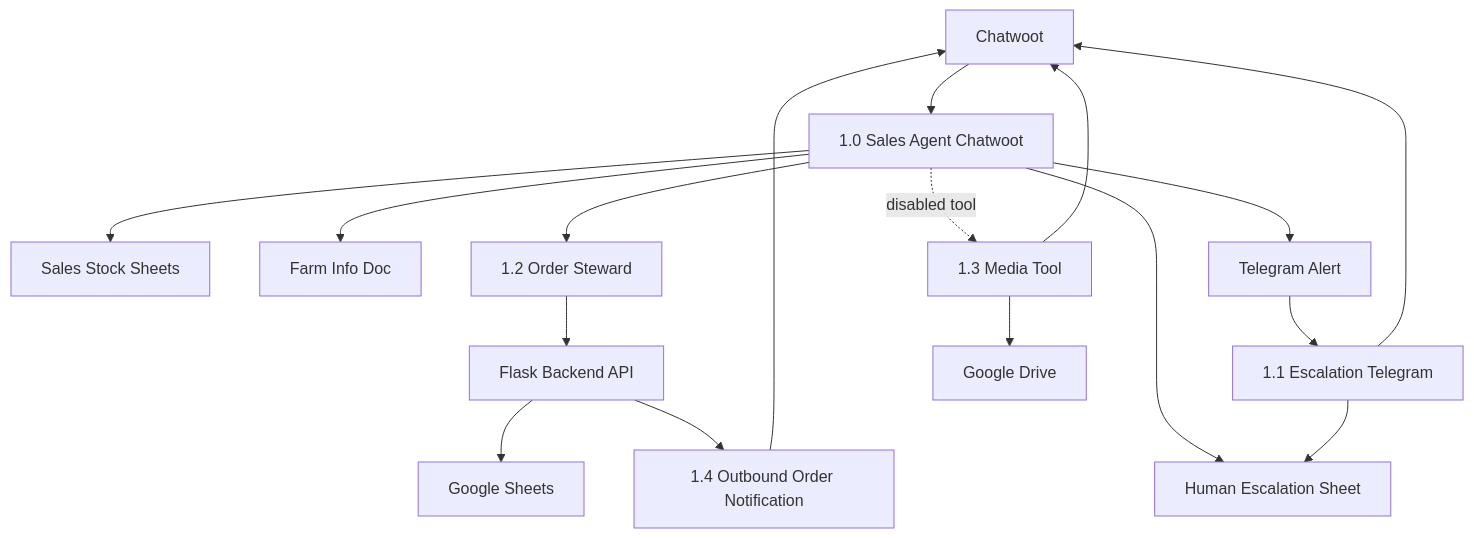
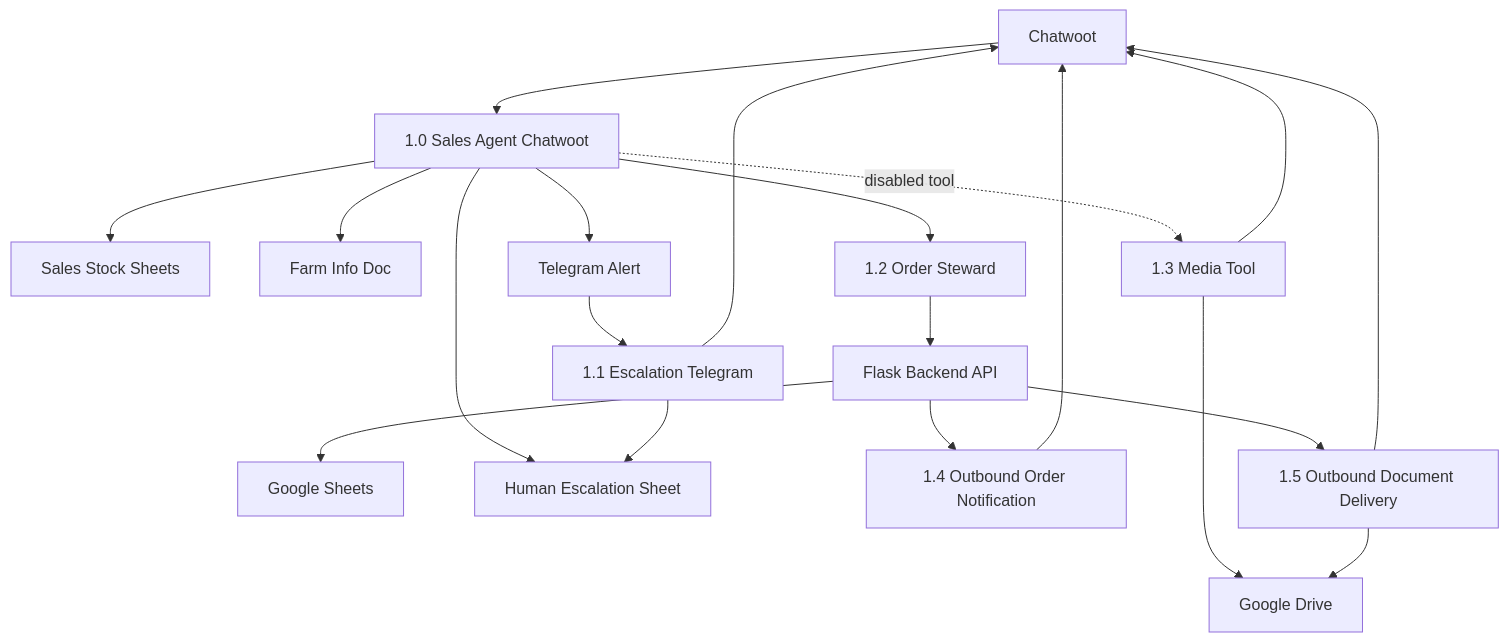
The diagram in docs/04-n8n/README.md (Crewless9086/amadeus-pig-tracking-system), drawn with Mermaid before and after one commit. The commit also changed other lines of this file and 15 other files, not shown here.

````diff
--- a/docs/04-n8n/README.md
+++ b/docs/04-n8n/README.md
@@ -40,19 +41,22 @@
 ```mermaid
 flowchart TD
   chatwoot[Chatwoot] --> workflow10["1.0 Sales Agent Chatwoot"]
   workflow10 --> sheetsSales["Sales Stock Sheets"]
   workflow10 --> farmDoc["Farm Info Doc"]
   workflow10 --> workflow12["1.2 Order Steward"]
   workflow12 --> backend["Flask Backend API"]
   backend --> googleSheets["Google Sheets"]
   workflow10 --> escalationSheet["Human Escalation Sheet"]
   workflow10 --> telegram[Telegram Alert]
   telegram --> workflow11["1.1 Escalation Telegram"]
   workflow11 --> chatwoot
   workflow11 --> escalationSheet
   workflow10 -. disabled tool .-> workflow13["1.3 Media Tool"]
   workflow13 --> googleDrive[Google Drive]
   workflow13 --> chatwoot
   backend --> workflow14["1.4 Outbound Order Notification"]
   workflow14 --> chatwoot
+  backend --> workflow15["1.5 Outbound Document Delivery"]
+  workflow15 --> googleDrive[Google Drive]
+  workflow15 --> chatwoot
 ```
````
